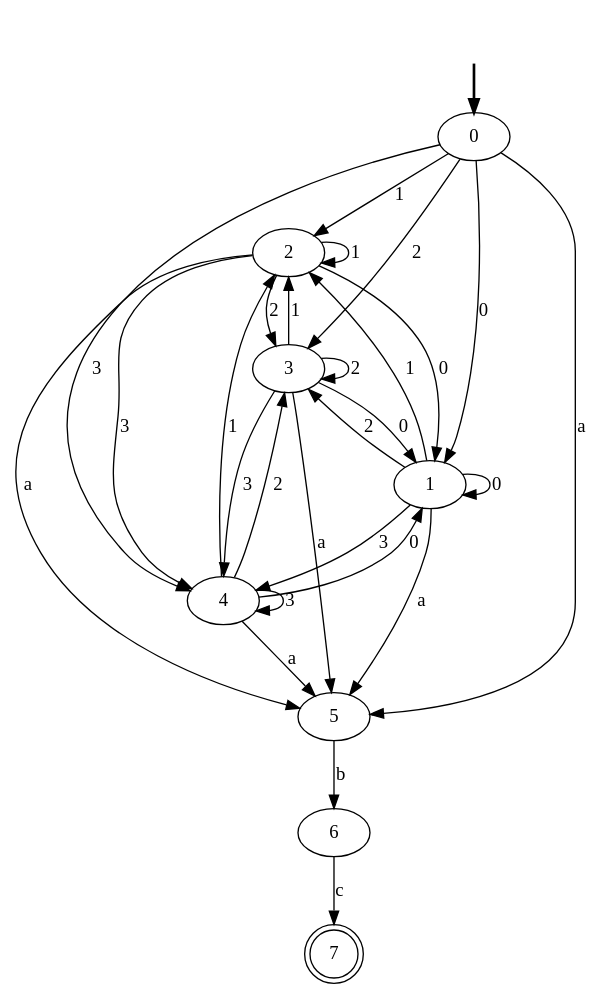
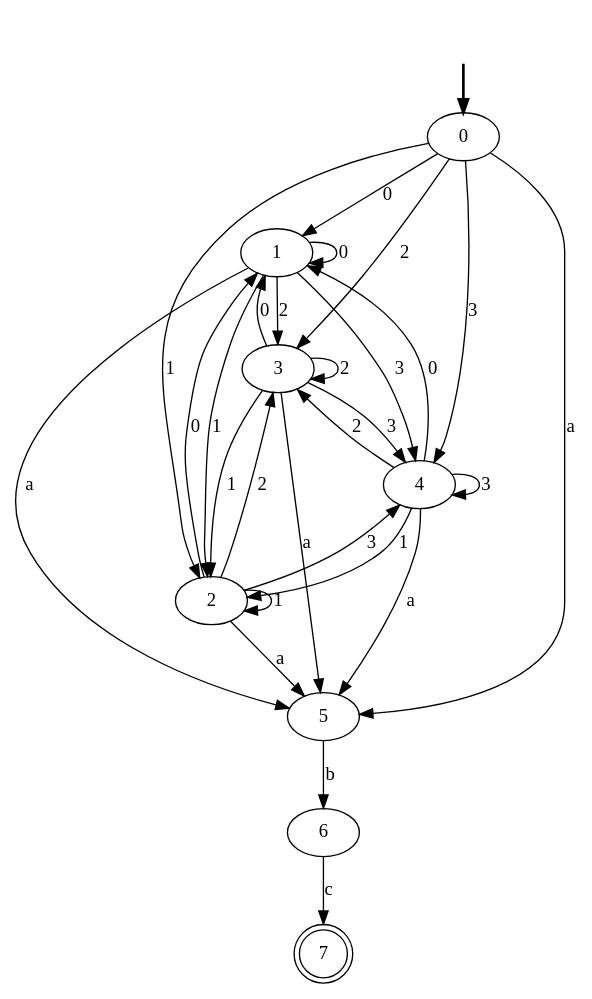
The diagram in Tarea 1/graphic_DFA.dot (maupeon/Compiladores), drawn with Graphviz before and after one commit. The commit also changed other lines of this file and 5 other files, not shown here.

```diff
--- a/Tarea 1/graphic_DFA.dot
+++ b/Tarea 1/graphic_DFA.dot
@@ -1,39 +1,39 @@
 digraph {
 	fake [style=invisible]
+	0 [root=true]
+	6
+	1
+	5
+	3
 	2
-	3
-	0 [root=true]
+	4
 	7 [shape=doublecircle]
-	6
-	5
-	4
-	1
 	fake -> 0 [style=bold]
 	0 -> 1 [label=0]
 	0 -> 2 [label=1]
 	0 -> 3 [label=2]
 	0 -> 4 [label=3]
 	0 -> 5 [label=a]
 	1 -> 1 [label=0]
 	1 -> 2 [label=1]
 	1 -> 3 [label=2]
 	1 -> 4 [label=3]
 	1 -> 5 [label=a]
 	2 -> 1 [label=0]
 	2 -> 2 [label=1]
 	2 -> 3 [label=2]
 	2 -> 4 [label=3]
 	2 -> 5 [label=a]
 	3 -> 1 [label=0]
 	3 -> 2 [label=1]
 	3 -> 3 [label=2]
 	3 -> 4 [label=3]
 	3 -> 5 [label=a]
 	4 -> 1 [label=0]
 	4 -> 2 [label=1]
 	4 -> 3 [label=2]
 	4 -> 4 [label=3]
 	4 -> 5 [label=a]
 	5 -> 6 [label=b]
 	6 -> 7 [label=c]
 }
```
